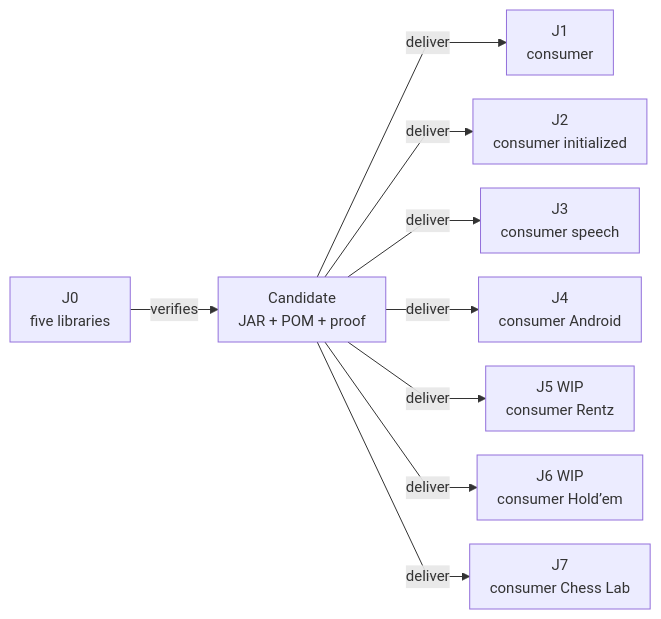
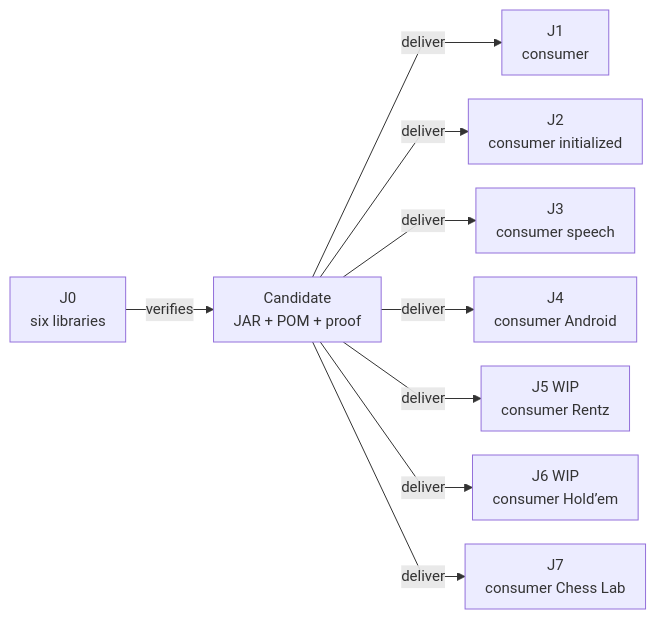
Before and after one commit to crististefanita/atf_j0: the first of 3 diagrams in docs/ATF_Workspace_Synchronization.md, drawn with Mermaid. The commit also changed other lines of this file and 30 other files, not shown here.

````diff
--- a/docs/ATF_Workspace_Synchronization.md
+++ b/docs/ATF_Workspace_Synchronization.md
@@ -32,12 +32,12 @@
 ```mermaid
 %%{init: {"themeVariables":{"fontSize":"15px"},"themeCSS":".nodeLabel, .nodeLabel p { font-size: 15px !important; line-height: 1.35 !important; } .edgeLabel, .edgeLabel p { font-size: 12px !important; font-weight: 400 !important; line-height: 1.2 !important; } .edgeLabel .labelBkg, .edgeLabel p { background: transparent !important; } .edgeLabel foreignObject { transform: translateY(-18px); overflow: visible; } .node rect { rx: 6px; ry: 6px; }","flowchart":{"curve":"linear","nodeSpacing":24,"rankSpacing":40,"padding":10,"diagramPadding":16}}}%%
 flowchart LR
-    Source["J0<br/>five libraries"] -->|verifies| Candidate["Candidate<br/>JAR + POM + proof"]
+    Source["J0<br/>six libraries"] -->|verifies| Candidate["Candidate<br/>JAR + POM + proof"]
     Candidate -->|deliver| J1["J1 <br/>consumer"]
     Candidate -->|deliver| J2["J2 <br/>consumer initialized"]
     Candidate -->|deliver| J3["J3<br/>consumer speech"]
     Candidate -->|deliver| J4["J4<br/>consumer Android"]
     Candidate -->|deliver| J5["J5 WIP<br/>consumer Rentz"]
     Candidate -->|deliver| J6["J6 WIP<br/>consumer Hold’em"]
     Candidate -->|deliver| J7["J7<br/>consumer Chess Lab"]
 ```
````
